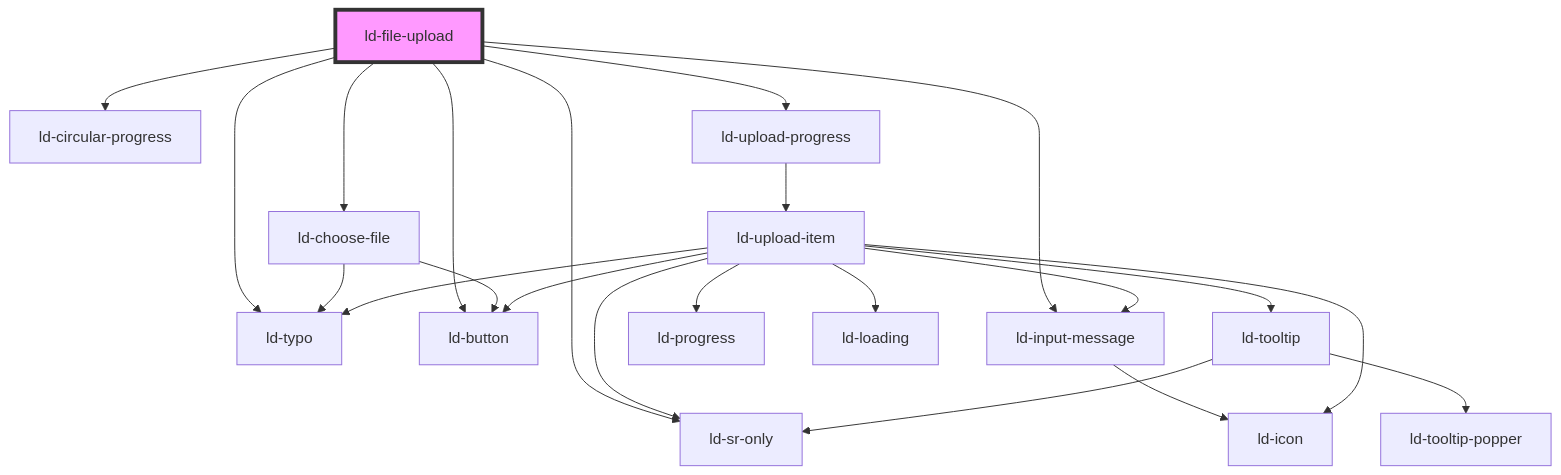
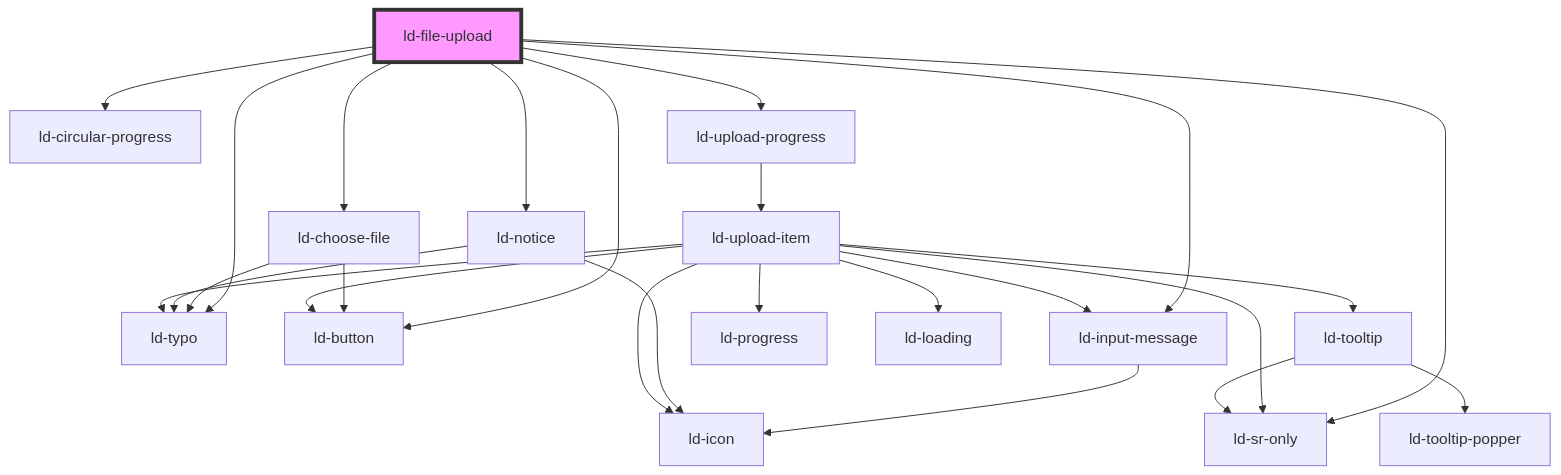
The diagram in src/liquid/components/ld-file-upload/readme.md (emdgroup-liquid/liquid), drawn with Mermaid before and after one commit. The commit also changed other lines of this file and 23 other files, not shown here.

````diff
--- a/src/liquid/components/ld-file-upload/readme.md
+++ b/src/liquid/components/ld-file-upload/readme.md
@@ -1919,25 +2485,28 @@
 ```mermaid
 graph TD;
   ld-file-upload --> ld-choose-file
   ld-file-upload --> ld-sr-only
   ld-file-upload --> ld-circular-progress
   ld-file-upload --> ld-typo
   ld-file-upload --> ld-button
   ld-file-upload --> ld-input-message
+  ld-file-upload --> ld-notice
   ld-file-upload --> ld-upload-progress
   ld-choose-file --> ld-typo
   ld-choose-file --> ld-button
   ld-input-message --> ld-icon
+  ld-notice --> ld-icon
+  ld-notice --> ld-typo
   ld-upload-progress --> ld-upload-item
   ld-upload-item --> ld-icon
   ld-upload-item --> ld-typo
   ld-upload-item --> ld-tooltip
   ld-upload-item --> ld-button
   ld-upload-item --> ld-sr-only
   ld-upload-item --> ld-progress
   ld-upload-item --> ld-loading
   ld-upload-item --> ld-input-message
   ld-tooltip --> ld-sr-only
   ld-tooltip --> ld-tooltip-popper
   style ld-file-upload fill:#f9f,stroke:#333,stroke-width:4px
 ```
````
